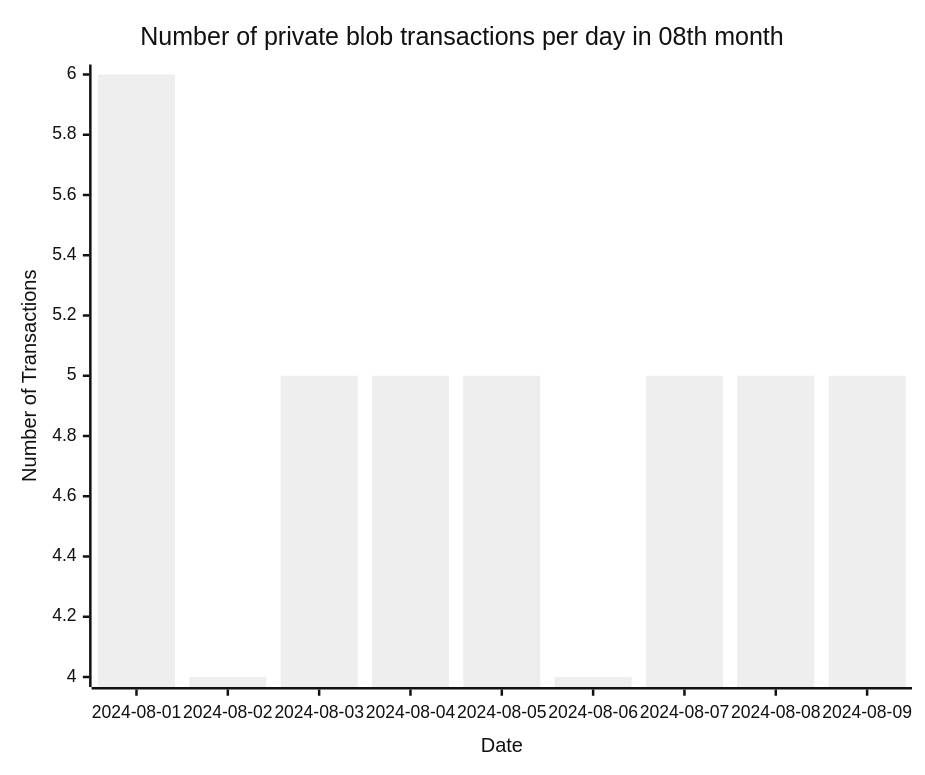
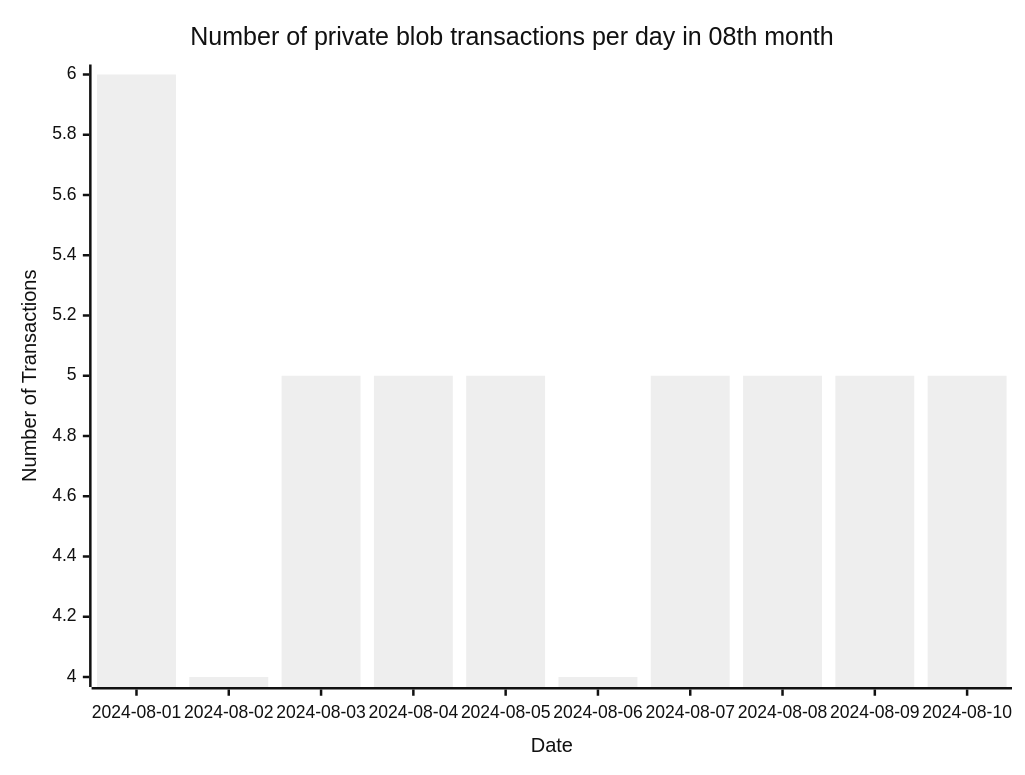
Before and after one commit to Amit0617/eip4844-data: the sixth of 6 diagrams in README.md, drawn with Mermaid (neutral theme). The commit also changed 1 other file, not shown here.

````diff
--- a/README.md
+++ b/README.md
@@ -66,12 +66,12 @@
 ```mermaid
 ---
 config:
     xyChart:
-        width: 720
+        width: 800
         height: 600
 ---
 xychart-beta title "Number of private blob transactions per day in 08th month"
-x-axis "Date" [2024-08-01,2024-08-02,2024-08-03,2024-08-04,2024-08-05,2024-08-06,2024-08-07,2024-08-08,2024-08-09]
+x-axis "Date" [2024-08-01,2024-08-02,2024-08-03,2024-08-04,2024-08-05,2024-08-06,2024-08-07,2024-08-08,2024-08-09,2024-08-10]
 y-axis "Number of Transactions"
-bar[6,4,5,5,5,4,5,5,5]
+bar[6,4,5,5,5,4,5,5,5,5]
 ```
````
